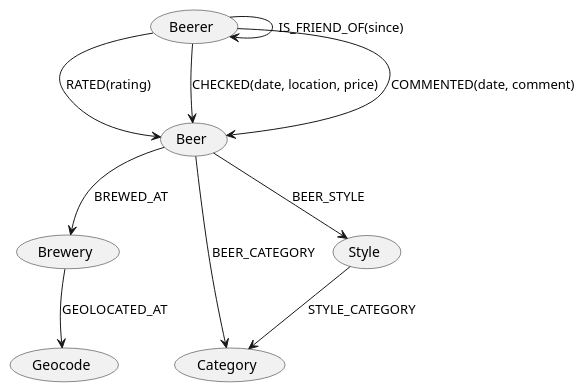
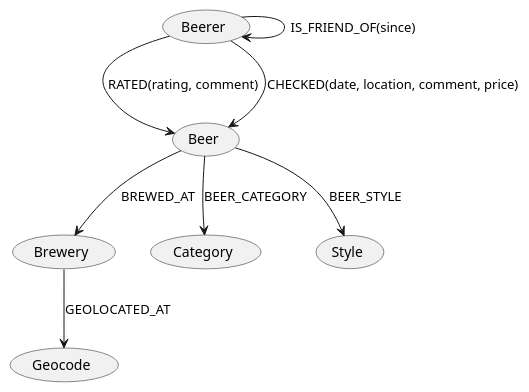
Before and after one commit to aicfr/neo4j-openbeerdb: the diagram in neo4j-openbeerdb.puml, drawn with PlantUML. The commit also changed 1 other file, not shown here.

```diff
--- a/neo4j-openbeerdb.puml
+++ b/neo4j-openbeerdb.puml
@@ -1,11 +1,9 @@
 @startuml openbeerdb
-(Beerer) --> (Beer) : RATED(rating)
-(Beerer) --> (Beer) : CHECKED(date, location, price)
-(Beerer) --> (Beer) : COMMENTED(date, comment)
+(Beerer) --> (Beer) : RATED(rating, comment)
+(Beerer) --> (Beer) : CHECKED(date, location, comment, price)
 (Beerer) --> (Beerer) : IS_FRIEND_OF(since)
 (Beer) --> (Brewery) : BREWED_AT
 (Beer) --> (Category) : BEER_CATEGORY
 (Beer) --> (Style) : BEER_STYLE
-(Style) --> (Category) : STYLE_CATEGORY
 (Brewery) --> (Geocode) : GEOLOCATED_AT
 @enduml
```
